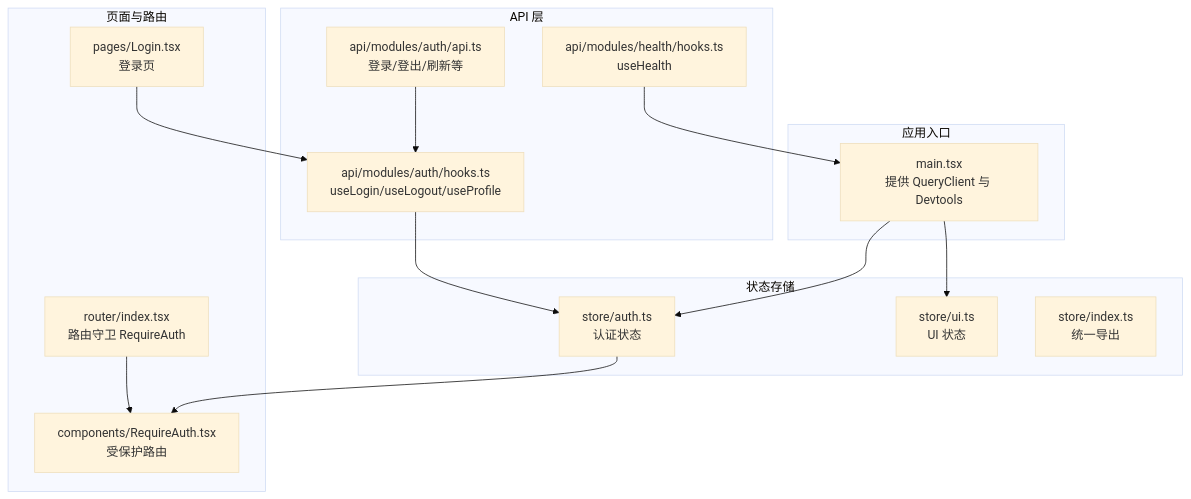
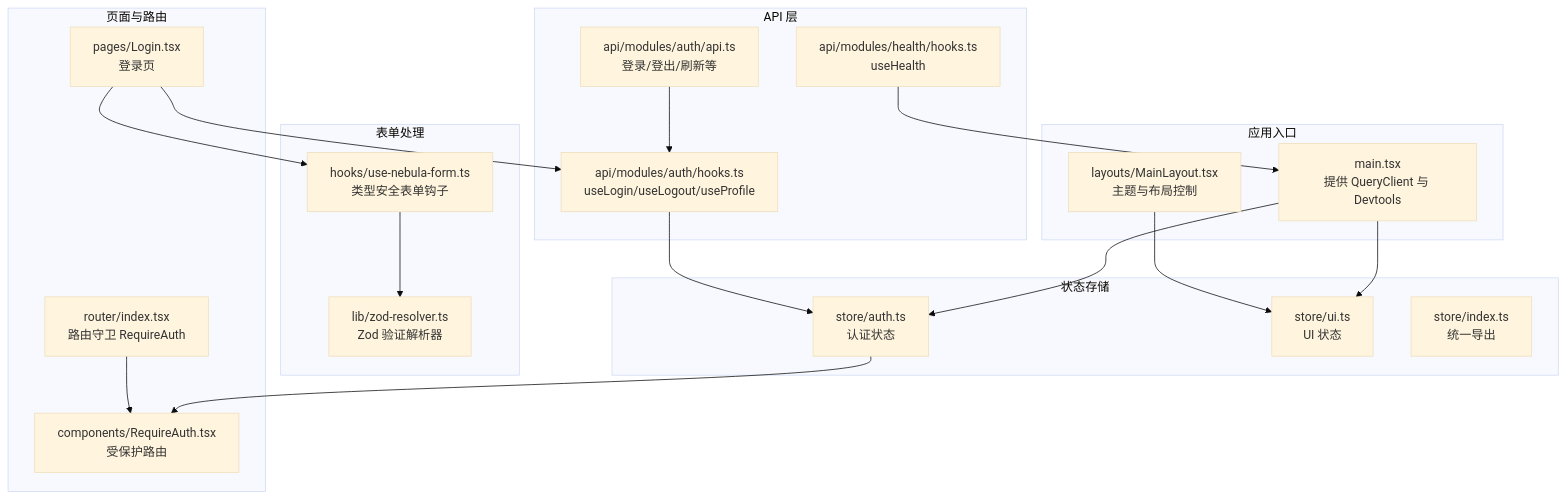
Before and after one commit to translateServers/nodes-stack: the first of 8 diagrams in .qoder/repowiki/zh/content/前端系统/状态管理系统/状态管理系统.md, drawn with Mermaid (base theme). The commit also changed other lines of this file and 17 other files, not shown here.

````diff
--- a/.qoder/repowiki/zh/content/前端系统/状态管理系统/状态管理系统.md
+++ b/.qoder/repowiki/zh/content/前端系统/状态管理系统/状态管理系统.md
@@ -50,29 +62,37 @@
 ```mermaid
 graph TB
 subgraph "应用入口"
 MAIN["main.tsx<br/>提供 QueryClient 与 Devtools"]
+ENDPOINT["layouts/MainLayout.tsx<br/>主题与布局控制"]
 end
 subgraph "状态存储"
 AUTH["store/auth.ts<br/>认证状态"]
 UI["store/ui.ts<br/>UI 状态"]
 STORE_INDEX["store/index.ts<br/>统一导出"]
+end
+subgraph "表单处理"
+FORM_HOOK["hooks/use-nebula-form.ts<br/>类型安全表单钩子"]
+ZOD_RESOLVER["lib/zod-resolver.ts<br/>Zod 验证解析器"]
 end
 subgraph "页面与路由"
 ROUTER["router/index.tsx<br/>路由守卫 RequireAuth"]
 LOGIN["pages/Login.tsx<br/>登录页"]
 PROTECT["components/RequireAuth.tsx<br/>受保护路由"]
 end
 subgraph "API 层"
 AUTH_HOOKS["api/modules/auth/hooks.ts<br/>useLogin/useLogout/useProfile"]
 AUTH_API["api/modules/auth/api.ts<br/>登录/登出/刷新等"]
 HEALTH_HOOKS["api/modules/health/hooks.ts<br/>useHealth"]
 end
 MAIN --> AUTH
 MAIN --> UI
+ENDPOINT --> UI
+LOGIN --> FORM_HOOK
+FORM_HOOK --> ZOD_RESOLVER
 LOGIN --> AUTH_HOOKS
 AUTH_HOOKS --> AUTH
 AUTH --> PROTECT
 ROUTER --> PROTECT
 AUTH_API --> AUTH_HOOKS
 HEALTH_HOOKS --> MAIN
 ```
````
